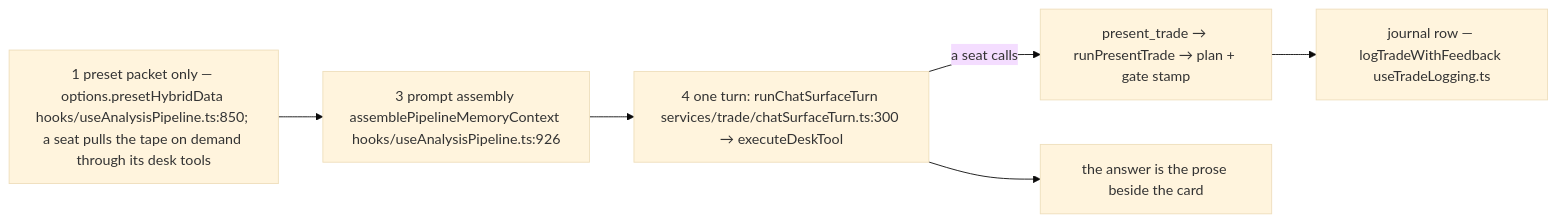
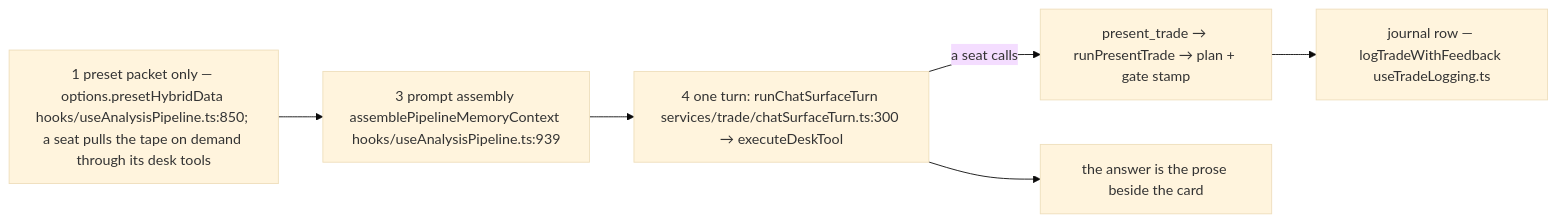
The third of 8 diagrams in docs/app-flow.md (Acepay25/august-3.5), drawn with Mermaid (base theme) before and after one commit. The commit also changed other lines of this file, not shown here.

First line of the commit message:
docs(flow): re-anchor the memory-assembly citation my pipeline edit moved

````diff
--- a/docs/app-flow.md
+++ b/docs/app-flow.md
@@ -260,8 +260,8 @@
 ```mermaid
 flowchart LR
-    S1["1 preset packet only — options.presetHybridData hooks/useAnalysisPipeline.ts:850; a seat pulls the tape on demand through its desk tools"] --> S3["3 prompt assembly assemblePipelineMemoryContext hooks/useAnalysisPipeline.ts:926"]
+    S1["1 preset packet only — options.presetHybridData hooks/useAnalysisPipeline.ts:850; a seat pulls the tape on demand through its desk tools"] --> S3["3 prompt assembly assemblePipelineMemoryContext hooks/useAnalysisPipeline.ts:939"]
     S3 --> S4["4 one turn: runChatSurfaceTurn services/trade/chatSurfaceTurn.ts:300 → executeDeskTool"]
     S4 -->|a seat calls| PT["present_trade → runPresentTrade → plan + gate stamp"]
     PT --> JR["journal row — logTradeWithFeedback useTradeLogging.ts"]
     S4 --> ANS["the answer is the prose beside the card"]
 ```
````
